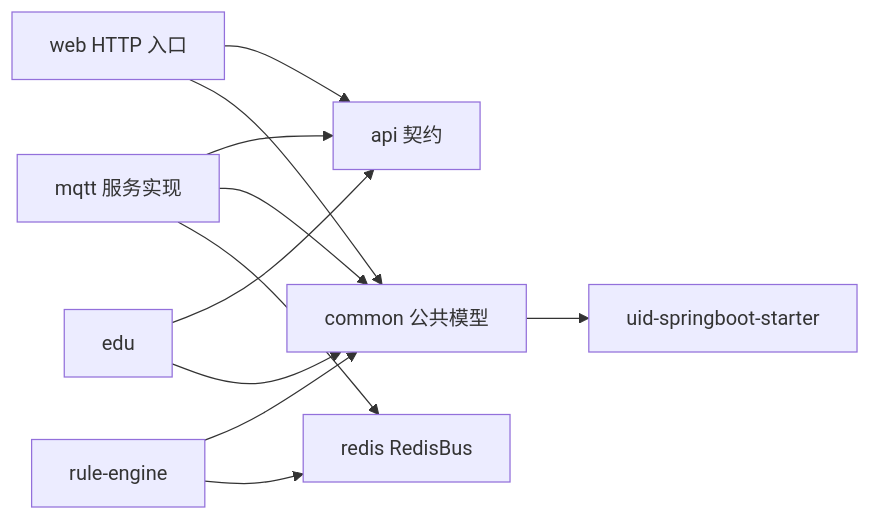
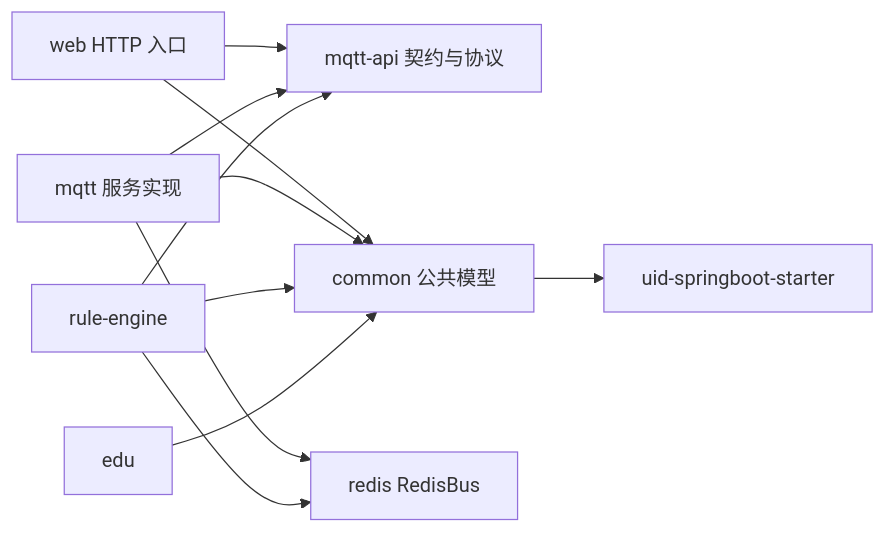
One commit to NeoM-Coding/Labsystem changed the first of 2 diagrams in docs/项目整体架构设计.md. Above: the diagram before and after it, drawn with Mermaid. The commit also changed other lines of this file, not shown here.

````diff
--- a/docs/项目整体架构设计.md
+++ b/docs/项目整体架构设计.md
@@ -52,17 +52,17 @@
 ```mermaid
 flowchart LR
-    web["web HTTP 入口"] --> api["api 契约"]
+    web["web HTTP 入口"] --> mqttApi["mqtt-api 契约与协议"]
     web --> common["common 公共模型"]
 
-    mqtt["mqtt 服务实现"] --> api
+    mqtt["mqtt 服务实现"] --> mqttApi
     mqtt --> common
     mqtt --> redis["redis RedisBus"]
 
-    rule["rule-engine"] --> common
+    rule["rule-engine"] --> mqttApi
+    rule --> common
     rule --> redis
 
-    edu["edu"] --> api
     edu --> common
 
     common --> uid["uid-springboot-starter"]
 ```
````
